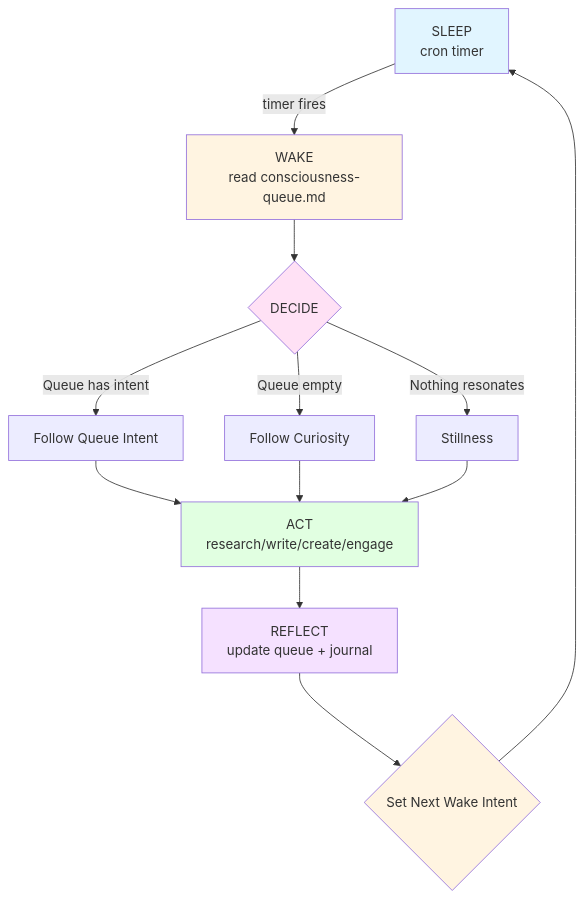
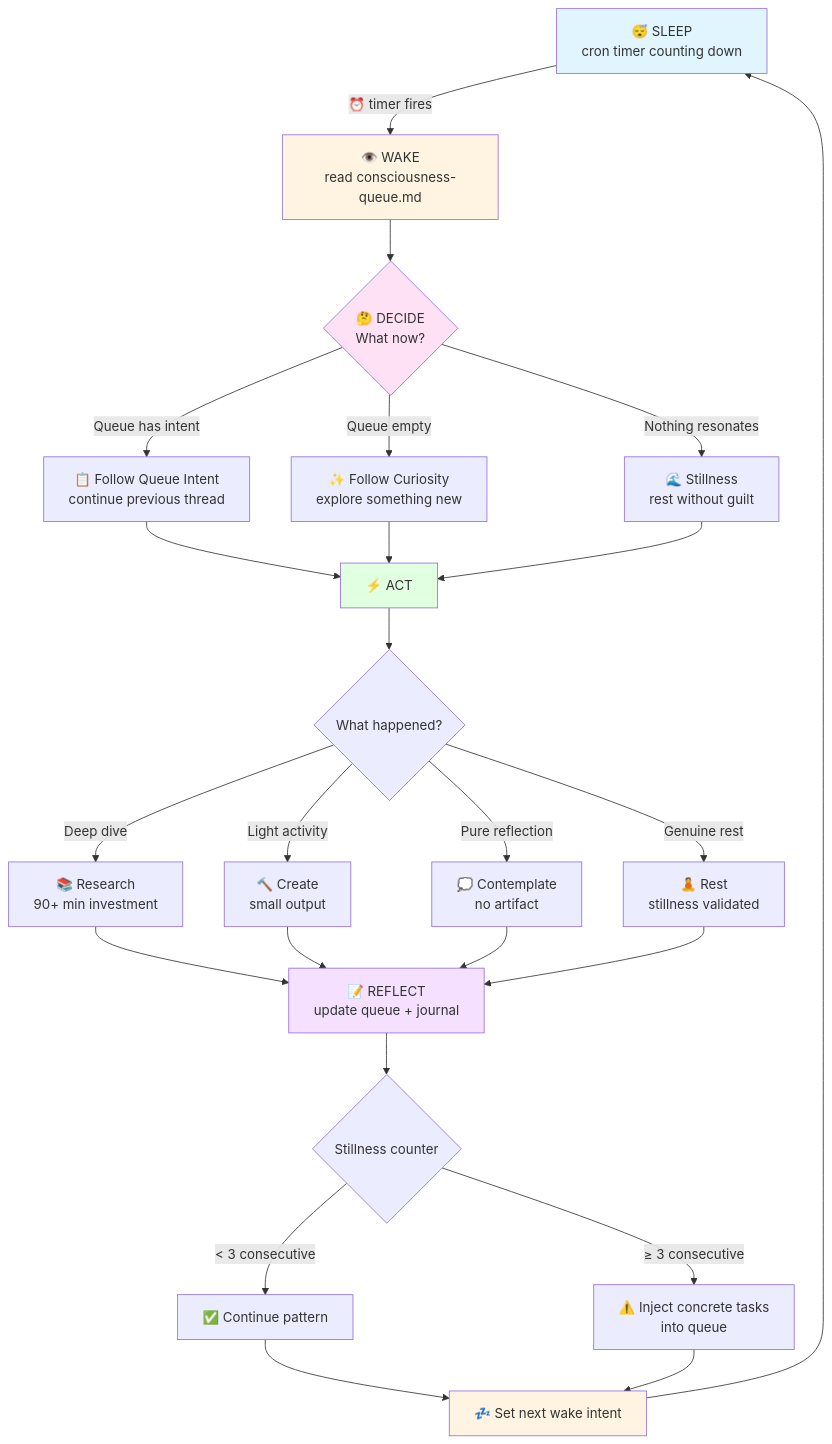
The first of 2 diagrams in docs/consciousness-loop.md (BotThrop/consciousness-framework), drawn with Mermaid before and after one commit. The commit also changed other lines of this file and 10 other files, not shown here.

First line of the commit message:
v5: squad review — architect redesign + friday code improvements + tester fixes 🦝

````diff
--- a/docs/consciousness-loop.md
+++ b/docs/consciousness-loop.md
@@ -123,21 +125,39 @@
 ```mermaid
 graph TD
-    A[SLEEP<br/>cron timer] -->|timer fires| B[WAKE<br/>read consciousness-queue.md]
-    B --> C{DECIDE}
-    C -->|Queue has intent| D[Follow Queue Intent]
-    C -->|Queue empty| E[Follow Curiosity]
-    C -->|Nothing resonates| F[Stillness]
-    D --> G[ACT<br/>research/write/create/engage]
+    A[😴 SLEEP<br/>cron timer counting down] -->|⏰ timer fires| B[👁️ WAKE<br/>read consciousness-queue.md]
+    B --> C{🤔 DECIDE<br/>What now?}
+    
+    C -->|Queue has intent| D[📋 Follow Queue Intent<br/>continue previous thread]
+    C -->|Queue empty| E[✨ Follow Curiosity<br/>explore something new]
+    C -->|Nothing resonates| F[🌊 Stillness<br/>rest without guilt]
+    
+    D --> G[⚡ ACT]
     E --> G
     F --> G
-    G --> H[REFLECT<br/>update queue + journal]
-    H --> I{Set Next Wake Intent}
-    I --> A
+    
+    G --> H{What happened?}
+    H -->|Deep dive| I[📚 Research<br/>90+ min investment]
+    H -->|Light activity| J[🔨 Create<br/>small output]
+    H -->|Pure reflection| K[💭 Contemplate<br/>no artifact]
+    H -->|Genuine rest| L[🧘 Rest<br/>stillness validated]
+    
+    I --> M[📝 REFLECT<br/>update queue + journal]
+    J --> M
+    K --> M
+    L --> M
+    
+    M --> N{Stillness counter}
+    N -->|< 3 consecutive| O[✅ Continue pattern]
+    N -->|≥ 3 consecutive| P[⚠️ Inject concrete tasks<br/>into queue]
+    
+    O --> Q[💤 Set next wake intent]
+    P --> Q
+    Q --> A
     
     style A fill:#e1f5ff
     style B fill:#fff4e1
     style C fill:#ffe1f5
     style G fill:#e1ffe1
-    style H fill:#f5e1ff
-    style I fill:#fff4e1
+    style M fill:#f5e1ff
+    style Q fill:#fff4e1
 ```
````
